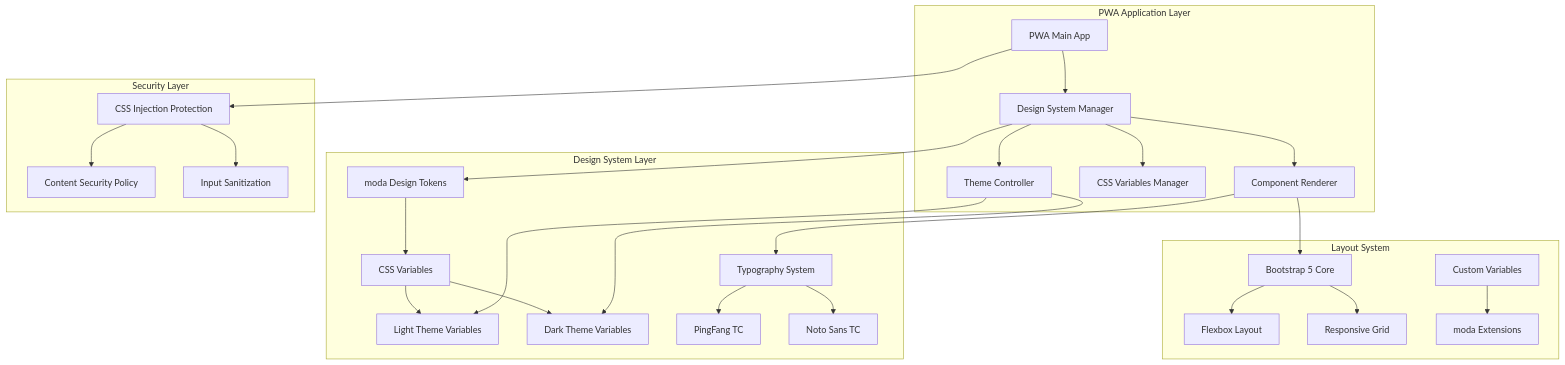
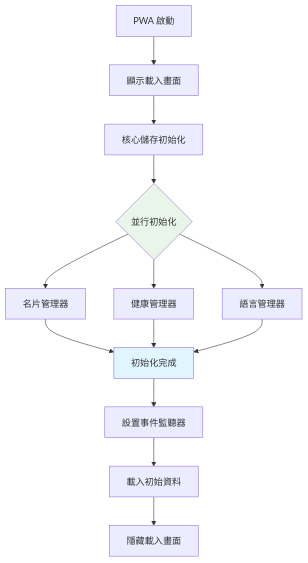
One commit to iim0663418/DB-Card changed the fourth of 5 diagrams in docs/design.md. Above: the diagram before and after it, drawn with Mermaid. The commit also changed other lines of this file and 19 other files, not shown here.

````diff
--- a/docs/design.md
+++ b/docs/design.md
@@ -474,35 +312,21 @@
 ```mermaid
-graph TB
-    subgraph "PWA Application Layer"
-        A[PWA Main App] --> B[Design System Manager]
-        B --> C[Theme Controller]
-        B --> D[CSS Variables Manager]
-        B --> E[Component Renderer]
-    end
+graph TD
+    A[PWA 啟動] --> B[顯示載入畫面]
+    B --> C[核心儲存初始化]
+    C --> D{並行初始化}
     
-    subgraph "Design System Layer"
-        F[moda Design Tokens] --> G[CSS Variables]
-        G --> H[Light Theme Variables]
-        G --> I[Dark Theme Variables]
-        J[Typography System] --> K[PingFang TC]
-        J --> L[Noto Sans TC]
-    end
+    D --> E[名片管理器]
+    D --> F[健康管理器]
+    D --> G[語言管理器]
     
-    subgraph "Layout System"
-        M[Bootstrap 5 Core] --> N[Flexbox Layout]
-        M --> O[Responsive Grid]
-        P[Custom Variables] --> Q[moda Extensions]
-    end
+    E --> H[初始化完成]
+    F --> H
+    G --> H
     
-    subgraph "Security Layer"
-        R[CSS Injection Protection] --> S[Content Security Policy]
-        R --> T[Input Sanitization]
-    end
+    H --> I[設置事件監聽器]
+    I --> J[載入初始資料]
+    J --> K[隱藏載入畫面]
     
-    B --> F
-    C --> H
-    C --> I
-    E --> M
-    E --> J
-    A --> R
+    style D fill:#e8f5e8
+    style H fill:#e1f5fe
 ```
````
